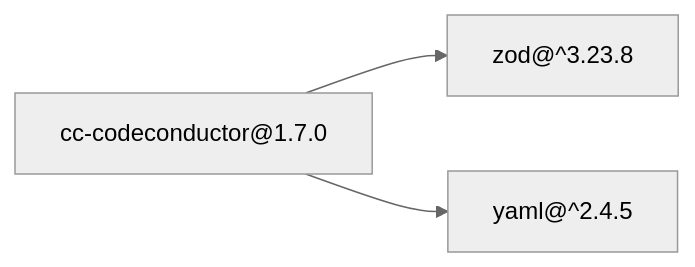
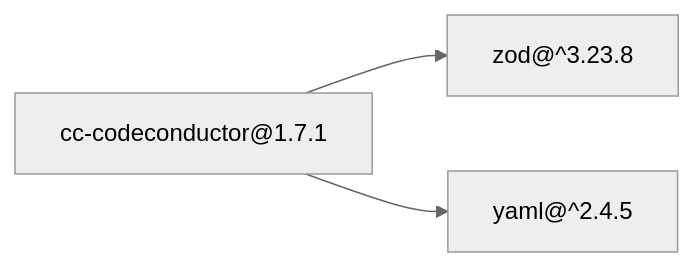
The diagram in README.md (lgzarturo/codeconductor), drawn with Mermaid (neutral theme) before and after one commit. The commit also changed other lines of this file and 6 other files, not shown here.

````diff
--- a/README.md
+++ b/README.md
@@ -348,8 +348,8 @@
 ```mermaid
 graph LR
-  cc["cc-codeconductor@1.7.0"]
+  cc["cc-codeconductor@1.7.1"]
   zod["zod@^3.23.8"]
   yaml["yaml@^2.4.5"]
   cc --> zod
   cc --> yaml
 ```
````
